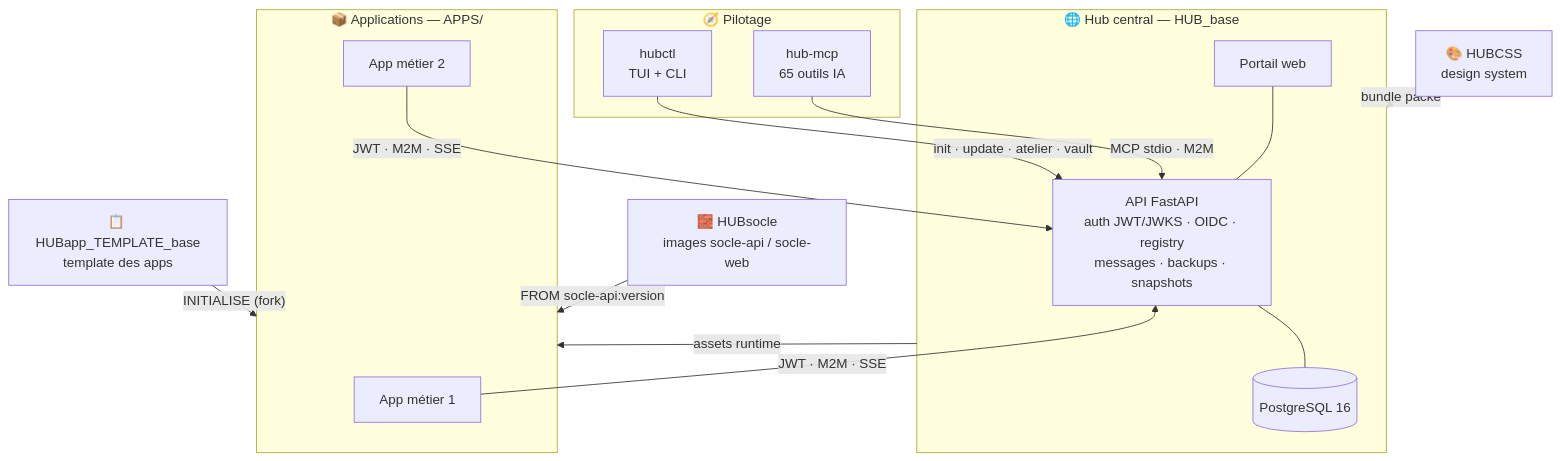
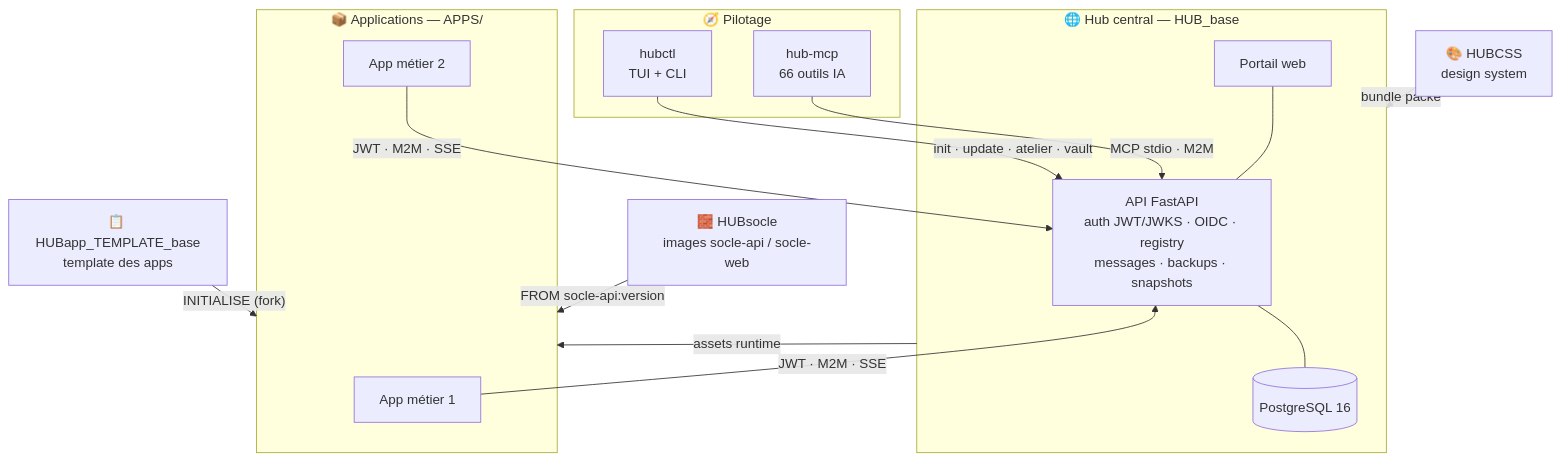
One commit to poulidor-hub/POULIDOR changed the diagram in README.md. Above: the diagram before and after it, drawn with Mermaid. The commit also changed other lines of this file and 6 other files, not shown here.

````diff
--- a/README.md
+++ b/README.md
@@ -42,29 +42,29 @@
 ```mermaid
 flowchart TB
     subgraph pilotage["🧭 Pilotage"]
         hubctl["hubctl<br/>TUI + CLI"]
-        mcp["hub-mcp<br/>65 outils IA"]
+        mcp["hub-mcp<br/>66 outils IA"]
     end
     subgraph hub["🌐 Hub central — HUB_base"]
         api["API FastAPI<br/>auth JWT/JWKS · OIDC · registry<br/>messages · backups · snapshots"]
         portail["Portail web"]
         db[("PostgreSQL 16")]
     end
     subgraph apps["📦 Applications — APPS/"]
         app1["App métier 1"]
         app2["App métier 2"]
     end
     socle["🧱 HUBsocle<br/>images socle-api / socle-web"]
     tpl["📋 HUBapp_TEMPLATE_base<br/>template des apps"]
     css["🎨 HUBCSS<br/>design system"]
 
     hubctl -->|"init · update · atelier · vault"| api
     mcp -->|"MCP stdio · M2M"| api
     app1 & app2 -->|"JWT · M2M · SSE"| api
     api --- db
     portail --- api
     tpl -->|"INITIALISE (fork)"| apps
     socle -->|"FROM socle-api:version"| apps
     css -->|"bundle packé"| hub
     hub -->|"assets runtime"| apps
 ```
````
